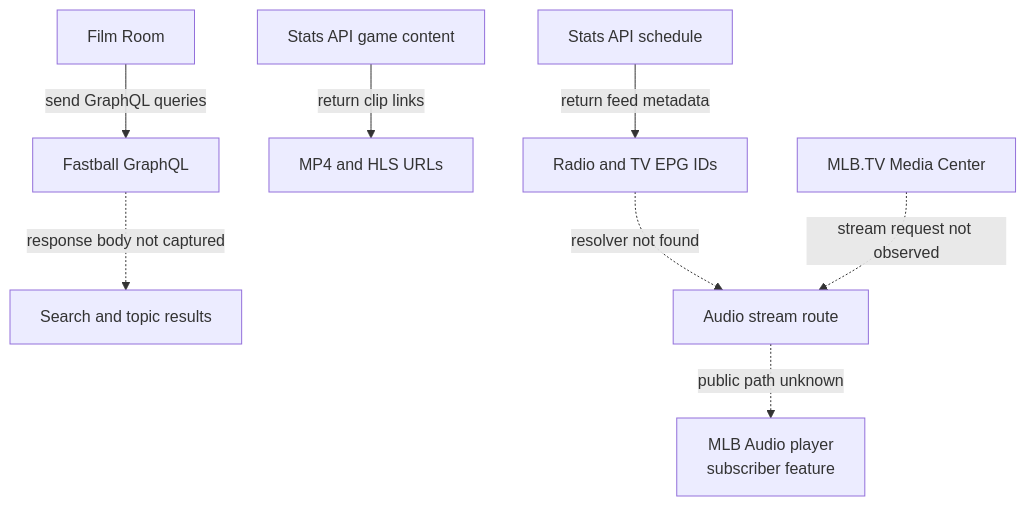
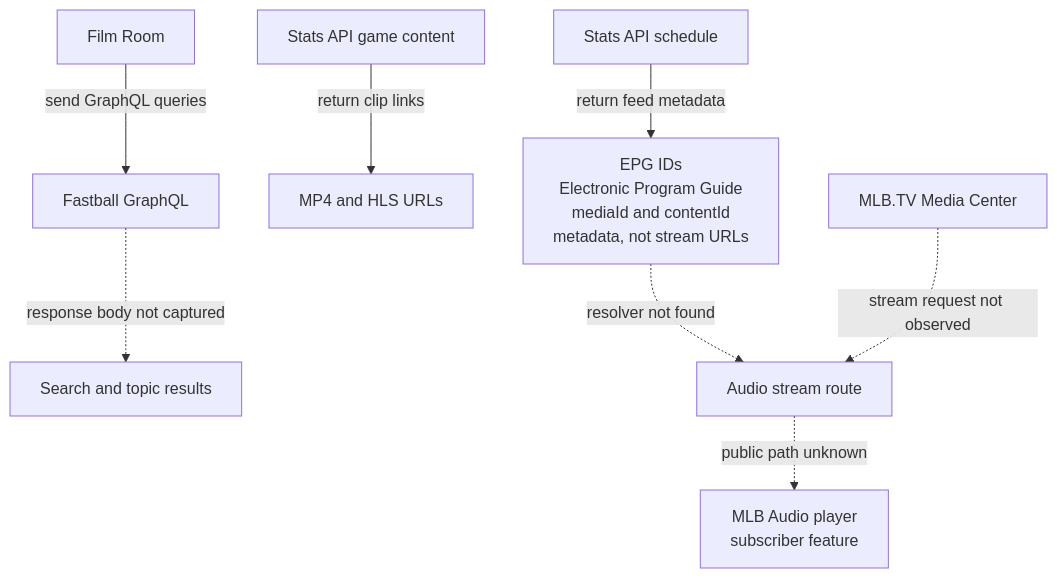
Before and after one commit to hsmahon/savant-stats: the fifth of 5 diagrams in README.md, drawn with Mermaid. The commit also changed other lines of this file and 20 other files, not shown here.

First line of the commit message:
Organize API routes and service schemas

````diff
--- a/README.md
+++ b/README.md
@@ -73,10 +73,10 @@
 ```mermaid
 flowchart TB
   film[Film Room] -->|send GraphQL queries| fastball[Fastball GraphQL]
   fastball -.->|response body not captured| search[Search and topic results]
   stats[Stats API game content] -->|return clip links| clips[MP4 and HLS URLs]
-  schedule[Stats API schedule] -->|return feed metadata| epg[Radio and TV EPG IDs]
+  schedule[Stats API schedule] -->|return feed metadata| epg[EPG IDs<br/>Electronic Program Guide<br/>mediaId and contentId<br/>metadata, not stream URLs]
   epg -.->|resolver not found| stream[Audio stream route]
   media[MLB.TV Media Center] -.->|stream request not observed| stream
   stream -.->|public path unknown| player[MLB Audio player<br/>subscriber feature]
 ```
````
